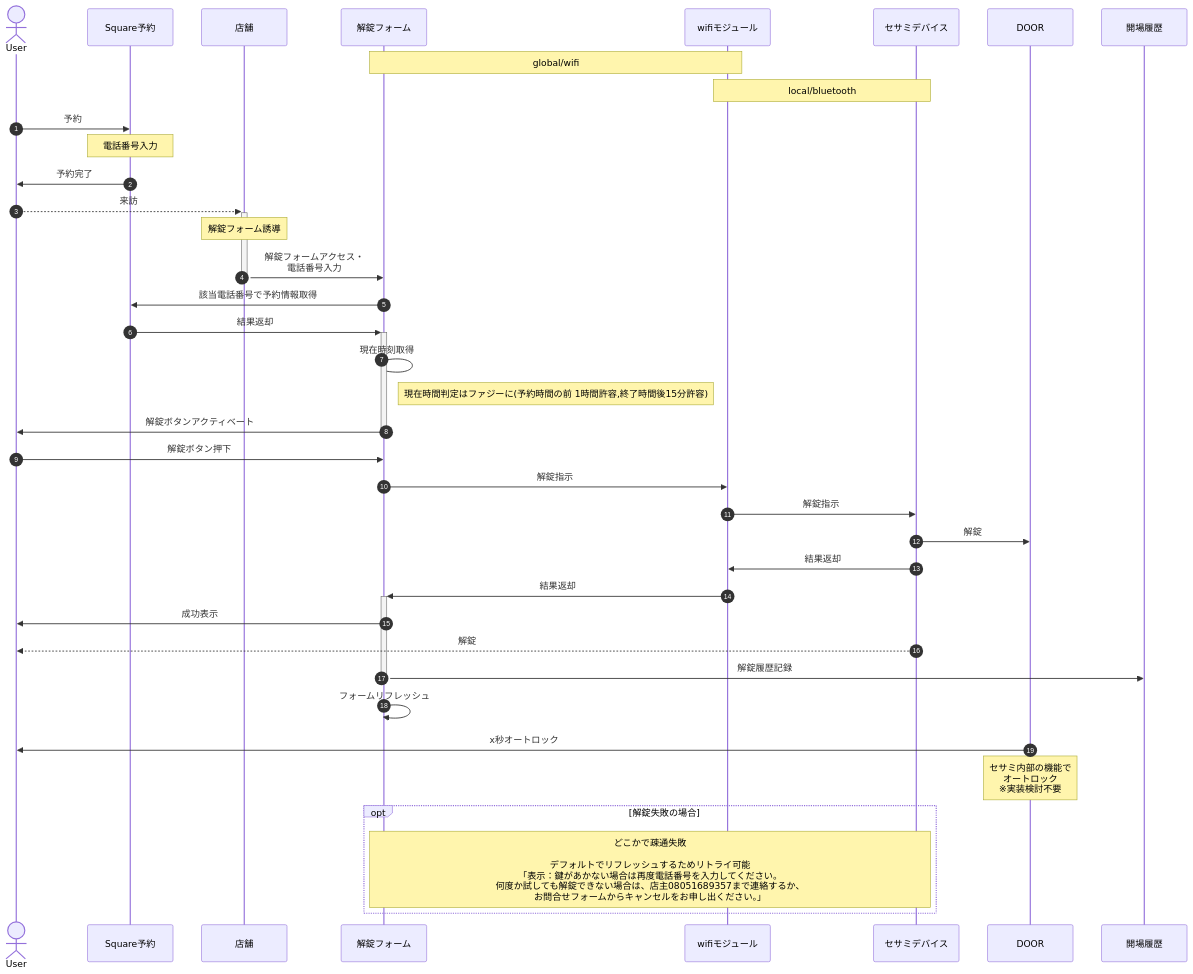
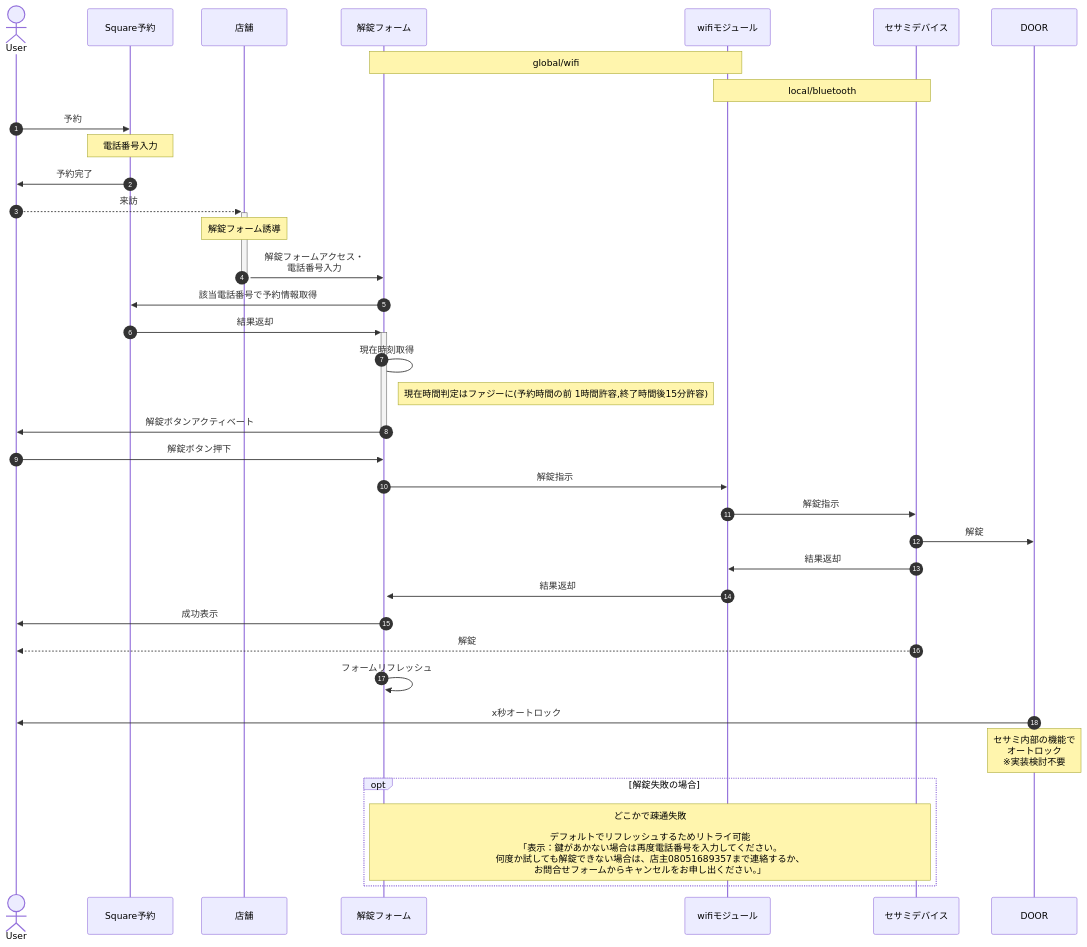
One commit to shoshishosaiyusuke/denforsomeone_public changed the second of 2 diagrams in README.md. Above: the diagram before and after it, drawn with Mermaid. The commit also changed other lines of this file, not shown here.

Commit message:
Update README.md　db削除

````diff
--- a/README.md
+++ b/README.md
@@ -221,57 +221,57 @@
 ```mermaid
 sequenceDiagram
 autonumber
 actor u as User
 participant sqr as Square予約
 
 participant mer as 店舗
 participant sqi as 解錠フォーム
 
 participant nr as Wifiモジュール
 participant ses as セサミデバイス
 participant door as DOOR
-participant db as 開場履歴DB
+
 
 
 note over sqi,nr :global/wifi
 note over nr,ses :local/bluetooth
 
 u->>sqr: 予約
 note over sqr : 電話番号入力
 sqr->>u: 予約完了
 participant mer as 店舗
 participant sqi as 解錠フォーム
 
 participant nr as wifiモジュール
 participant ses as セサミデバイス
-participant db as 開場履歴
+
 
 u-->>+mer: 来訪
 note over mer : 解錠フォーム誘導
 mer->>-sqi : 解錠フォームアクセス・<br>電話番号入力
 sqi->>sqr : 該当電話番号で予約情報取得
 sqr->>+sqi : 結果返却
 sqi->sqi: 現在時刻取得
 note right of sqi : 現在時間判定はファジーに(予約時間の前 1時間許容,終了時間後15分許容)
 sqi->>-u: 解錠ボタンアクティベート
 u->>sqi:解錠ボタン押下
 
 sqi->>nr: 解錠指示
 
 nr->>ses: 解錠指示
 
 ses->>door: 解錠
 
 ses->>nr: 結果返却
 nr->>+sqi: 結果返却
 sqi->>u : 成功表示
 ses-->>u : 解錠 #物理的に現場で鍵が開く
-sqi->>-db : 解錠履歴記録
+
 sqi->>sqi : フォームリフレッシュ
 
 door->>u : x秒オートロック
 note over door: セサミ内部の機能で<br>オートロック<br>※実装検討不要
 opt 解錠失敗の場合
 note over sqi ,ses : どこかで疎通失敗<br><br>デフォルトでリフレッシュするためリトライ可能<br>「表示：鍵があかない場合は再度電話番号を入力してください。<br>何度か試しても解錠できない場合は、店主08051689357まで連絡するか、<br>お問合せフォームからキャンセルをお申し出ください。」
 end
 ```
````
